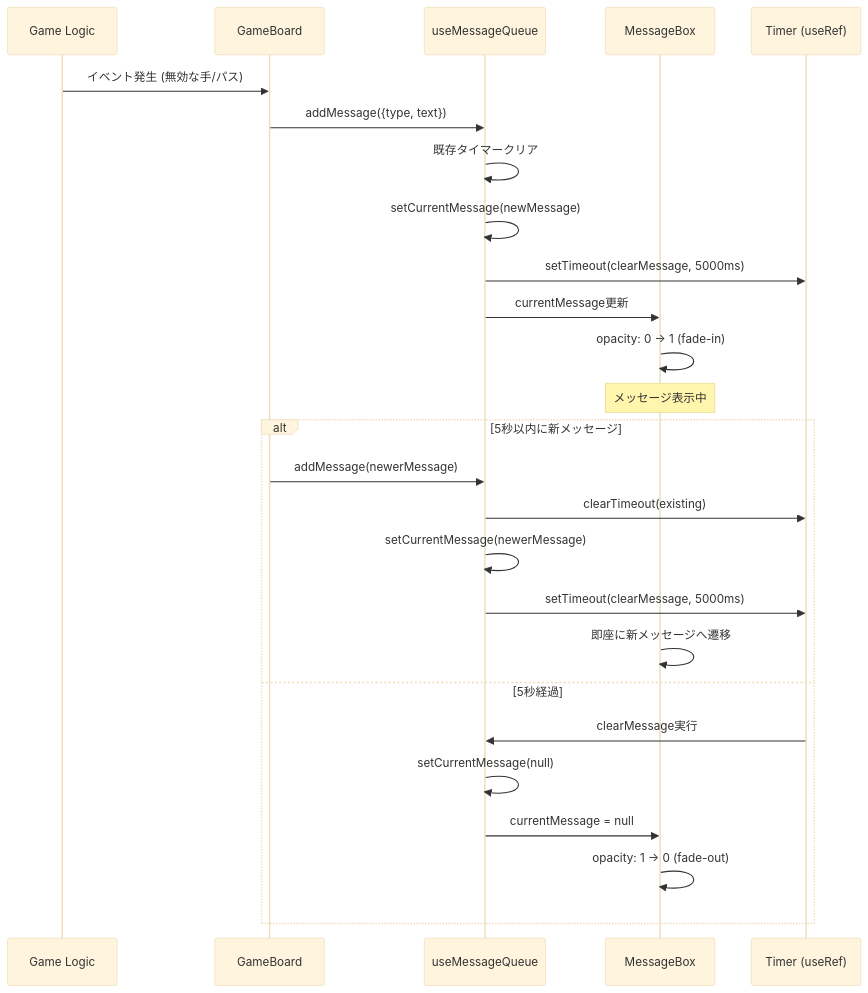
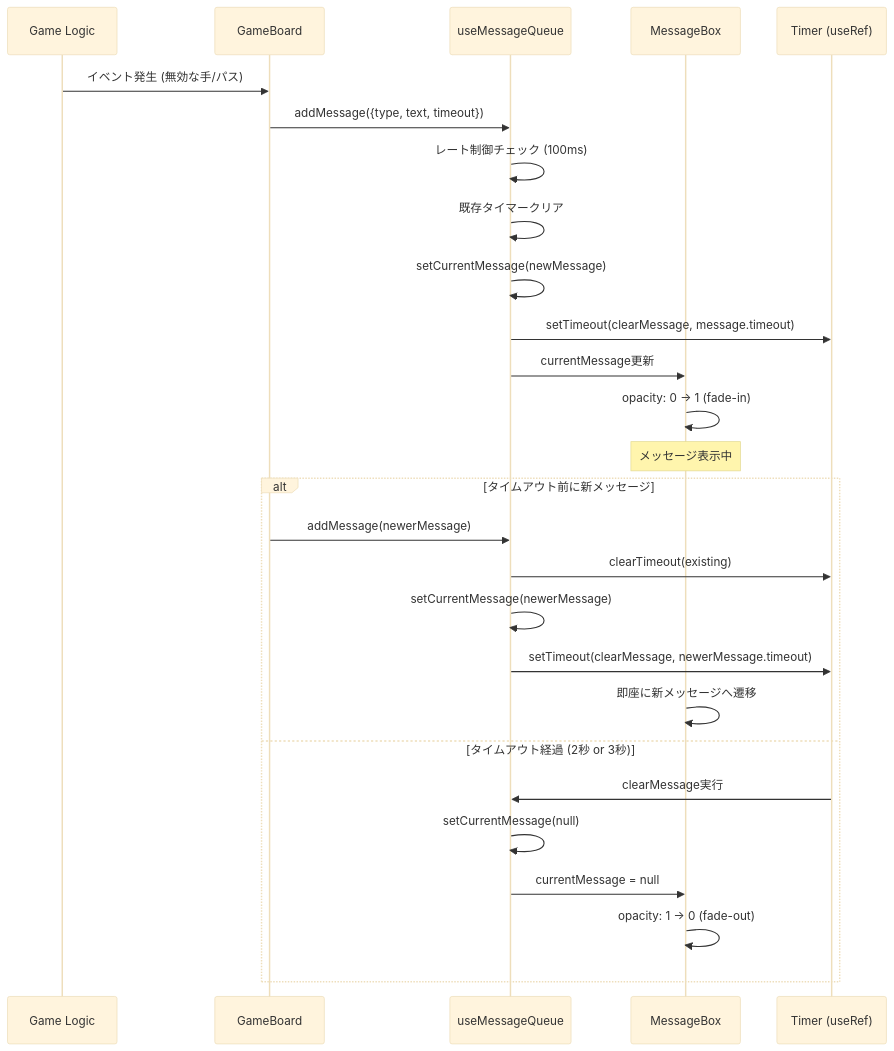
Before and after one commit to noriaki/line-miniapp-reversi: the second of 3 diagrams in .specify/specs/unified-message-box/design.md, drawn with Mermaid (base theme). The commit also changed other lines of this file and 2 other files, not shown here.

First line of the commit message:
feat(spec): update unified message box design and tasks

````diff
--- a/.specify/specs/unified-message-box/design.md
+++ b/.specify/specs/unified-message-box/design.md
@@ -119,30 +119,31 @@
 ```mermaid
 sequenceDiagram
     participant GL as Game Logic
     participant GB as GameBoard
     participant Hook as useMessageQueue
     participant MB as MessageBox
     participant Timer as Timer (useRef)
 
     GL->>GB: イベント発生 (無効な手/パス)
-    GB->>Hook: addMessage({type, text})
+    GB->>Hook: addMessage({type, text, timeout})
+    Hook->>Hook: レート制御チェック (100ms)
     Hook->>Hook: 既存タイマークリア
     Hook->>Hook: setCurrentMessage(newMessage)
-    Hook->>Timer: setTimeout(clearMessage, 5000ms)
+    Hook->>Timer: setTimeout(clearMessage, message.timeout)
     Hook->>MB: currentMessage更新
     MB->>MB: opacity: 0 → 1 (fade-in)
     Note over MB: メッセージ表示中
 
-    alt 5秒以内に新メッセージ
+    alt タイムアウト前に新メッセージ
         GB->>Hook: addMessage(newerMessage)
         Hook->>Timer: clearTimeout(existing)
         Hook->>Hook: setCurrentMessage(newerMessage)
-        Hook->>Timer: setTimeout(clearMessage, 5000ms)
+        Hook->>Timer: setTimeout(clearMessage, newerMessage.timeout)
         MB->>MB: 即座に新メッセージへ遷移
-    else 5秒経過
+    else タイムアウト経過 (2秒 or 3秒)
         Timer->>Hook: clearMessage実行
         Hook->>Hook: setCurrentMessage(null)
         Hook->>MB: currentMessage = null
         MB->>MB: opacity: 1 → 0 (fade-out)
     end
 ```
````
